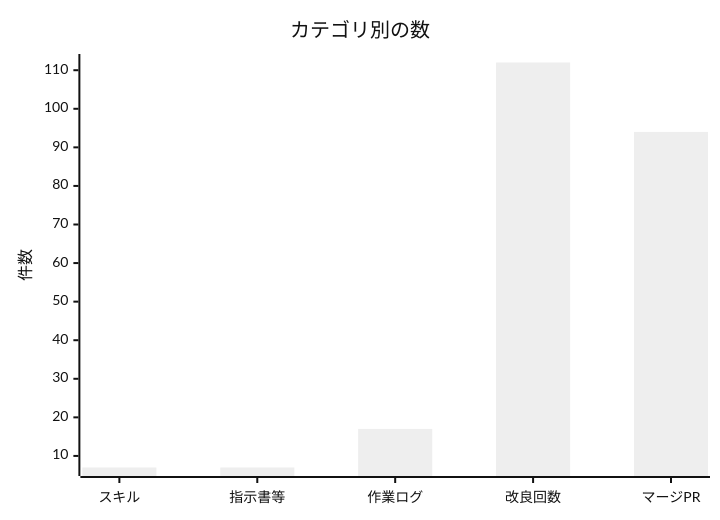
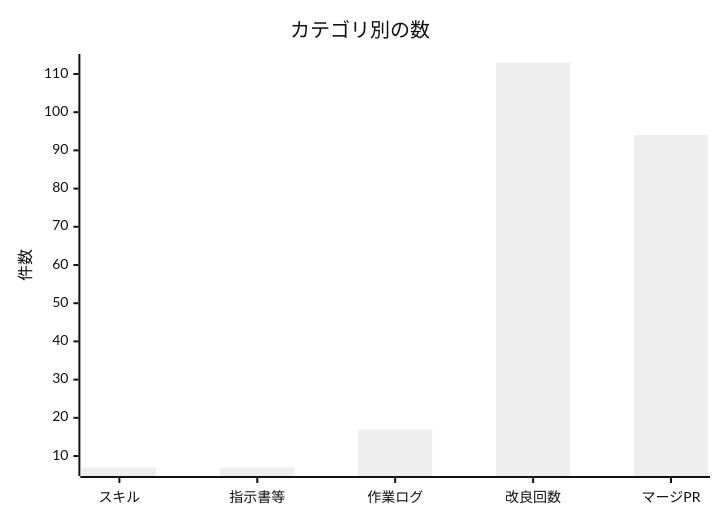
Before and after one commit to non-x2/non-x2: the second of 2 diagrams in docs/進化レポート.md, drawn with Mermaid (neutral theme). The commit also changed other lines of this file and 1 other file, not shown here.

````diff
--- a/docs/進化レポート.md
+++ b/docs/進化レポート.md
@@ -33,7 +33,7 @@
 ```mermaid
 xychart-beta
     title "カテゴリ別の数"
     x-axis ["スキル", "指示書等", "作業ログ", "改良回数", "マージPR"]
     y-axis "件数"
-    bar [7, 7, 17, 112, 94]
+    bar [7, 7, 17, 113, 94]
 ```
````
